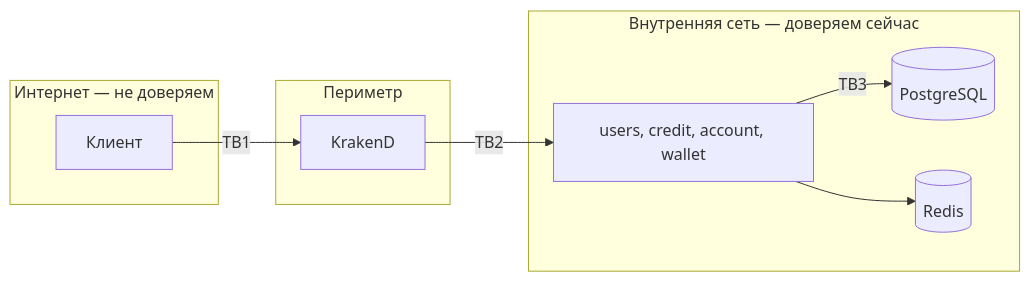
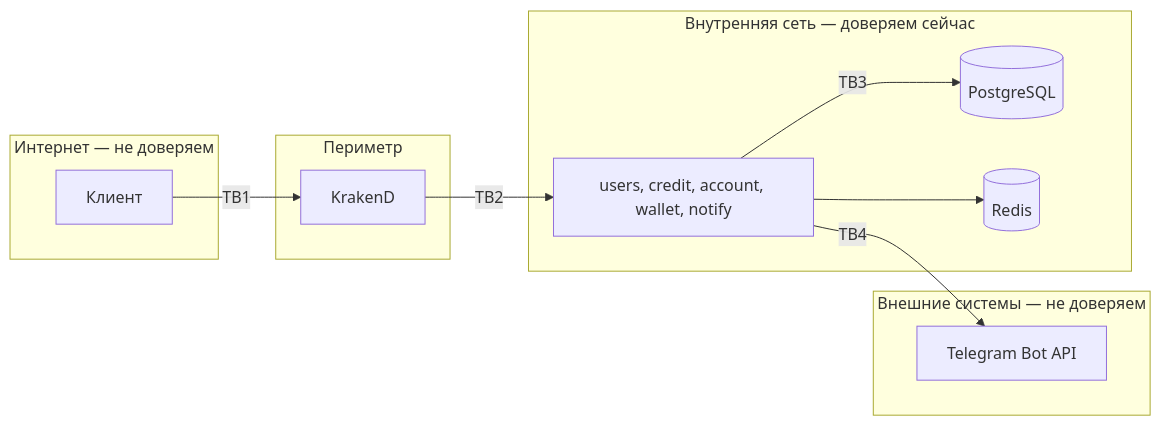
Before and after one commit to BasePractice/caldero: the diagram in docs/threat-model.md, drawn with Mermaid. The commit also changed other lines of this file and 40 other files, not shown here.

````diff
--- a/docs/threat-model.md
+++ b/docs/threat-model.md
@@ -26,21 +28,26 @@
 ```mermaid
 graph LR
     subgraph internet["Интернет — не доверяем"]
         client["Клиент"]
     end
 
     subgraph dmz["Периметр"]
         gateway["KrakenD"]
     end
 
     subgraph internal["Внутренняя сеть — доверяем сейчас"]
-        services["users, credit, account, wallet"]
+        services["users, credit, account, wallet, notify"]
         db[("PostgreSQL")]
         redis[("Redis")]
+    end
+
+    subgraph external["Внешние системы — не доверяем"]
+        telegram["Telegram Bot API"]
     end
 
     client -->|"TB1"| gateway
     gateway -->|"TB2"| services
     services -->|"TB3"| db
     services --> redis
+    services -->|"TB4"| telegram
 ```
````
